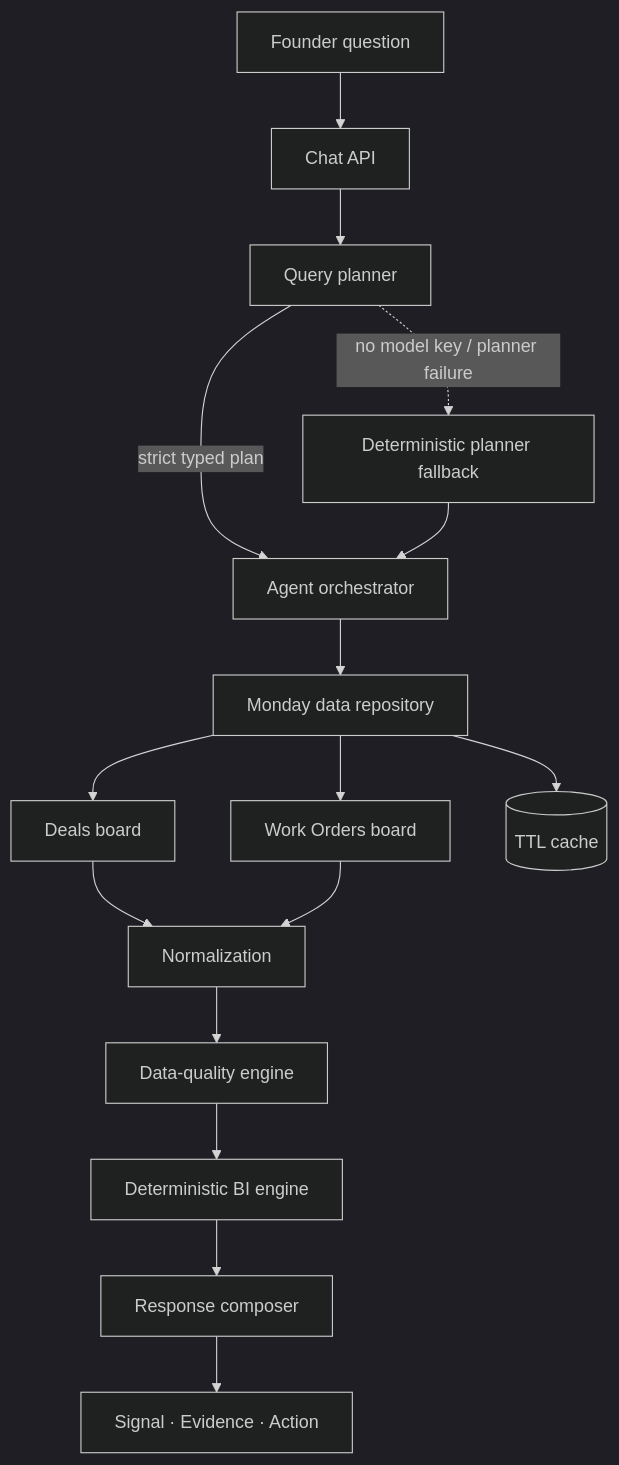
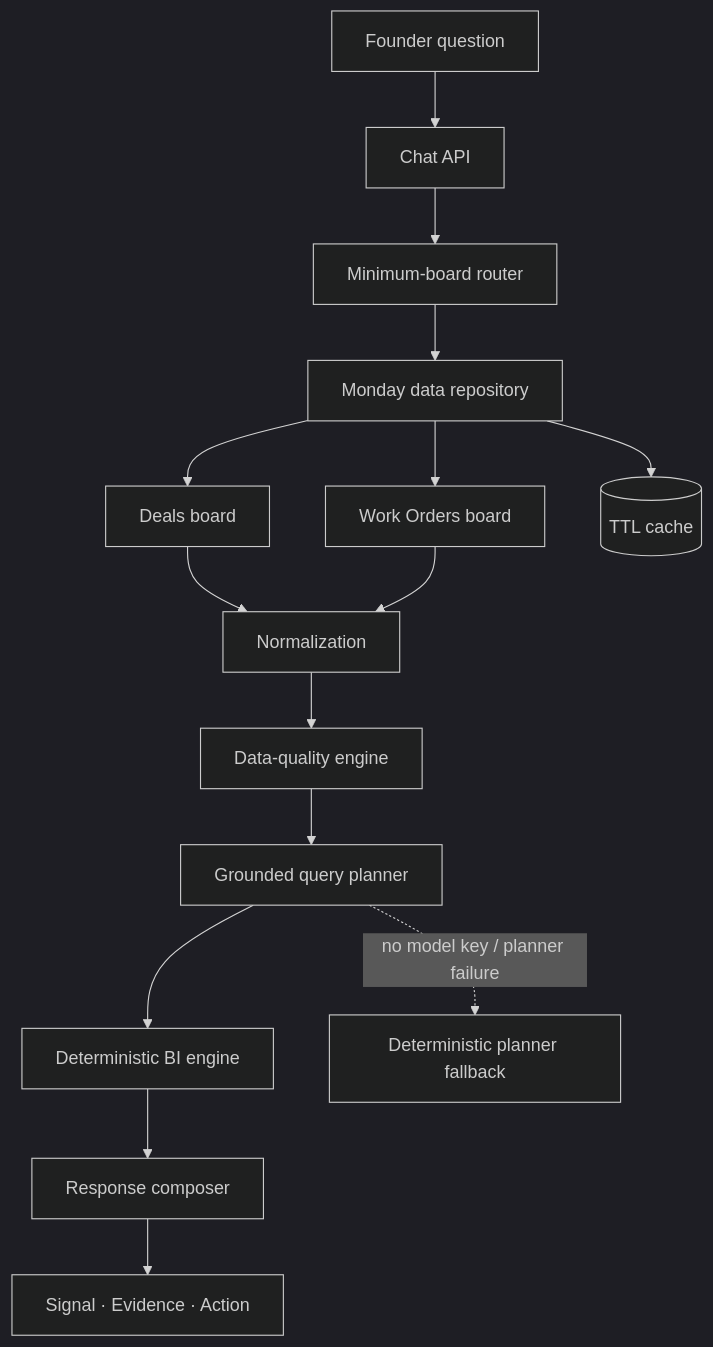
The diagram in README.md (DuvvuruDeepakReddy18/skylark-signal), drawn with Mermaid (dark theme) before and after one commit. The commit also changed other lines of this file and 22 other files, not shown here.

````diff
--- a/README.md
+++ b/README.md
@@ -53,18 +54,17 @@
 ```mermaid
 flowchart TD
     A[Founder question] --> B[Chat API]
-    B --> C[Query planner]
-    C -->|strict typed plan| D[Agent orchestrator]
-    D --> E[Monday data repository]
-    E --> F[Deals board]
-    E --> G[Work Orders board]
-    E --> H[(TTL cache)]
+    B --> C[Minimum-board router]
+    C --> D[Monday data repository]
+    D --> F[Deals board]
+    D --> G[Work Orders board]
+    D --> H[(TTL cache)]
     F --> I[Normalization]
     G --> I
     I --> J[Data-quality engine]
-    J --> K[Deterministic BI engine]
-    K --> L[Response composer]
-    L --> M[Signal · Evidence · Action]
-    C -. no model key / planner failure .-> N[Deterministic planner fallback]
-    N --> D
+    J --> K[Grounded query planner]
+    K --> L[Deterministic BI engine]
+    L --> M[Response composer]
+    M --> N[Signal · Evidence · Action]
+    K -. no model key / planner failure .-> O[Deterministic planner fallback]
 ```
````
